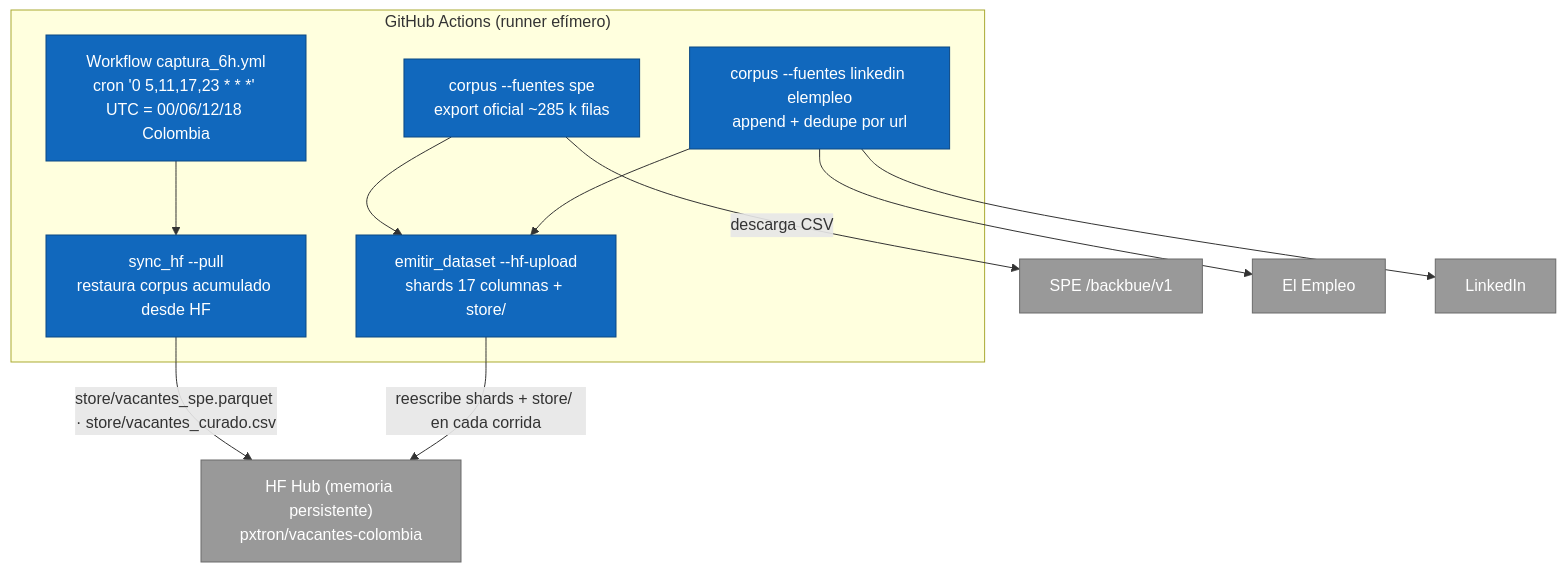
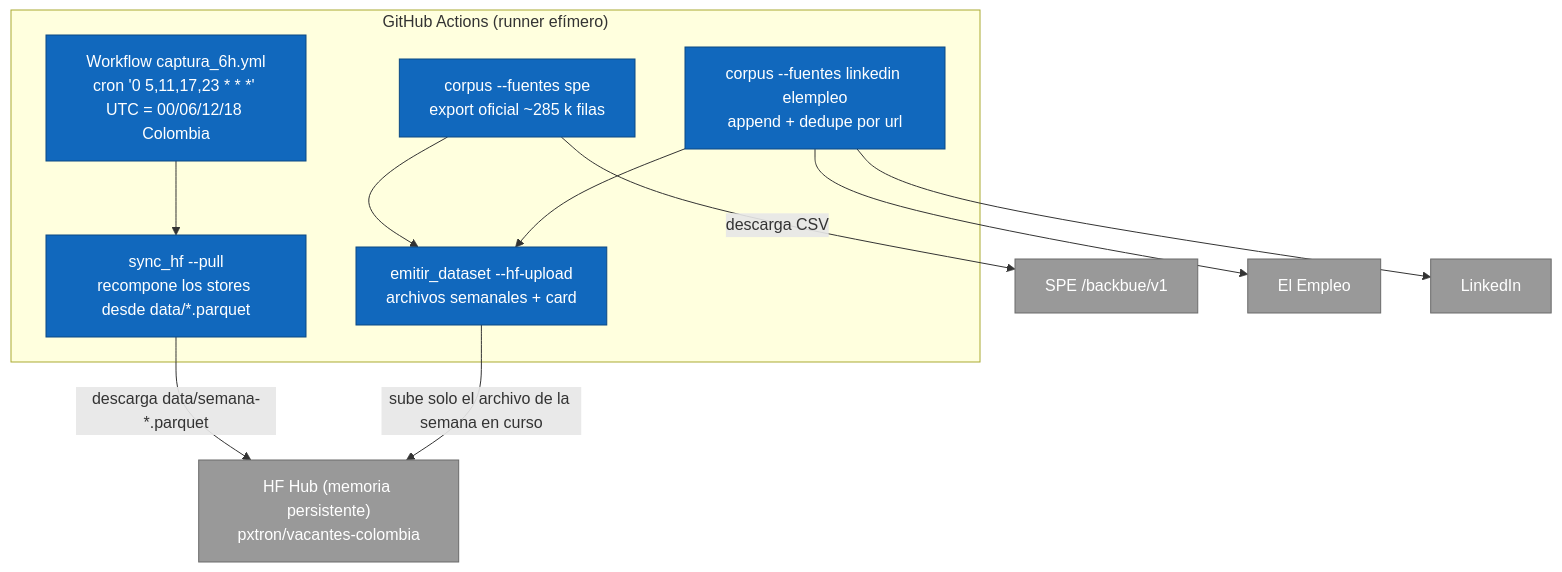
The second of 3 diagrams in README.md (shalom-A26/SEXTANTE), drawn with Mermaid before and after one commit. The commit also changed other lines of this file and 9 other files, not shown here.

````diff
--- a/README.md
+++ b/README.md
@@ -75,29 +78,29 @@
 ```mermaid
 flowchart TB
     subgraph GH["GitHub Actions (runner efímero)"]
         wf["Workflow captura_6h.yml<br/>cron '0 5,11,17,23 * * *' UTC = 00/06/12/18 Colombia"]
-        pull["sync_hf --pull<br/>restaura corpus acumulado desde HF"]
+        pull["sync_hf --pull<br/>recompone los stores desde data/*.parquet"]
         sp["corpus --fuentes spe<br/>export oficial ~285 k filas"]
         cu["corpus --fuentes linkedin elempleo<br/>append + dedupe por url"]
-        em["emitir_dataset --hf-upload<br/>shards 17 columnas + store/"]
+        em["emitir_dataset --hf-upload<br/>archivos semanales + card"]
     end
 
     hub["HF Hub (memoria persistente)<br/>pxtron/vacantes-colombia"]
     fsp["SPE /backbue/v1"]
     fee["El Empleo"]
     fli["LinkedIn"]
 
     wf --> pull
-    pull -->|"store/vacantes_spe.parquet · store/vacantes_curado.csv"| hub
+    pull -->|"descarga data/semana-*.parquet"| hub
     sp -->|"descarga CSV"| fsp
     cu --> fee
     cu --> fli
     sp --> em
     cu --> em
-    em -->|"reescribe shards + store/ en cada corrida"| hub
+    em -->|"sube solo el archivo de la semana en curso"| hub
 
     classDef nube fill:#1168bd,color:#fff,stroke:#0b4884;
     classDef ext fill:#999999,color:#fff,stroke:#6b6b6b;
     class wf,pull,sp,cu,em nube;
     class hub,fsp,fee,fli ext;
 ```
````
